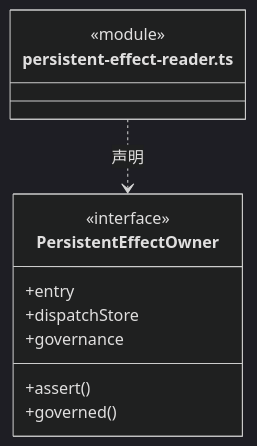
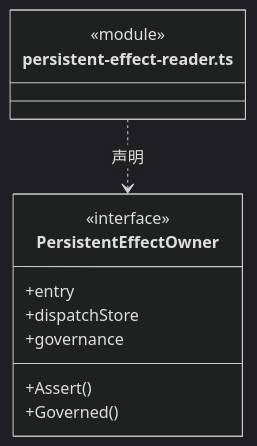
One commit to nan023062/cbim changed the fourth of 4 diagrams in src/logic/evidence/service/ARCHITECTURE.md. Above: the diagram before and after it, drawn with Mermaid (dark theme). The commit also changed other lines of this file and 1035 other files, not shown here.

````diff
--- a/src/logic/evidence/service/ARCHITECTURE.md
+++ b/src/logic/evidence/service/ARCHITECTURE.md
@@ -58,15 +58,15 @@
 ```mermaid
 classDiagram
 class N_src_logic_evidence_service_persistent_effect_reader_ts["persistent-effect-reader.ts"] {
   <<module>>
 }
 class N_src_logic_evidence_service_persistent_effect_reader_ts_PersistentEffectOwner["PersistentEffectOwner"] {
   <<interface>>
   +entry
-  +assert()
+  +Assert()
   +dispatchStore
   +governance
-  +governed()
+  +Governed()
 }
 N_src_logic_evidence_service_persistent_effect_reader_ts ..> N_src_logic_evidence_service_persistent_effect_reader_ts_PersistentEffectOwner : 声明
 ```
````
